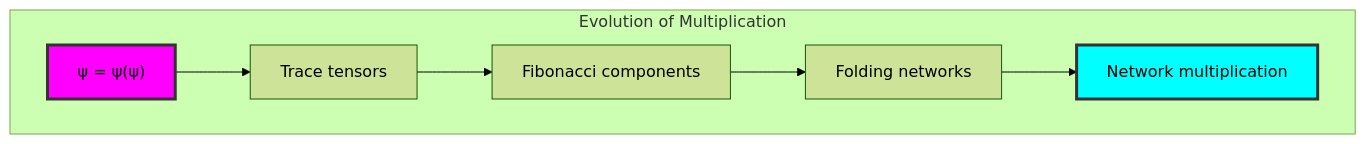
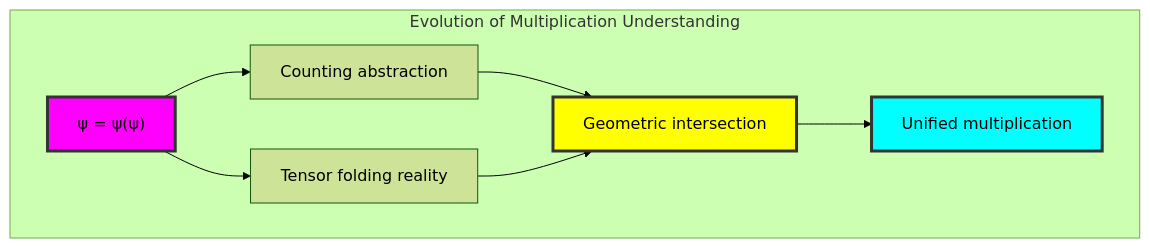
One commit to loning/the-binarymath changed diagram 14 of 14 in docs/codex/volume-01-trace-numbers/chapter-022-collapse-mult.md. Above: the diagram before and after it, drawn with Mermaid (forest theme). The commit also changed other lines of this file and 12 other files, not shown here.

````diff
--- a/docs/codex/volume-01-trace-numbers/chapter-022-collapse-mult.md
+++ b/docs/codex/volume-01-trace-numbers/chapter-022-collapse-mult.md
@@ -518,15 +605,20 @@
 ```mermaid
 graph TD
-    subgraph "Evolution of Multiplication"
+    subgraph "Evolution of Multiplication Understanding"
         PSI["ψ = ψ(ψ)"]
-        TRACES["Trace tensors"]
-        COMPONENTS["Fibonacci components"]
-        NETWORKS["Folding networks"]
-        MULTIPLICATION["Network multiplication"]
+        TRADITIONAL["Counting abstraction"]
+        GEOMETRIC["Tensor folding reality"]
+        INTERSECTION["Geometric intersection"]
+        UNITY["Unified multiplication"]
         
-        PSI --> TRACES --> COMPONENTS --> NETWORKS --> MULTIPLICATION
+        PSI --> TRADITIONAL
+        PSI --> GEOMETRIC
+        TRADITIONAL --> INTERSECTION
+        GEOMETRIC --> INTERSECTION
+        INTERSECTION --> UNITY
         
         style PSI fill:#f0f,stroke:#333,stroke-width:3px
-        style MULTIPLICATION fill:#0ff,stroke:#333,stroke-width:3px
+        style INTERSECTION fill:#ff0,stroke:#333,stroke-width:3px
+        style UNITY fill:#0ff,stroke:#333,stroke-width:3px
     end
 ```
````
